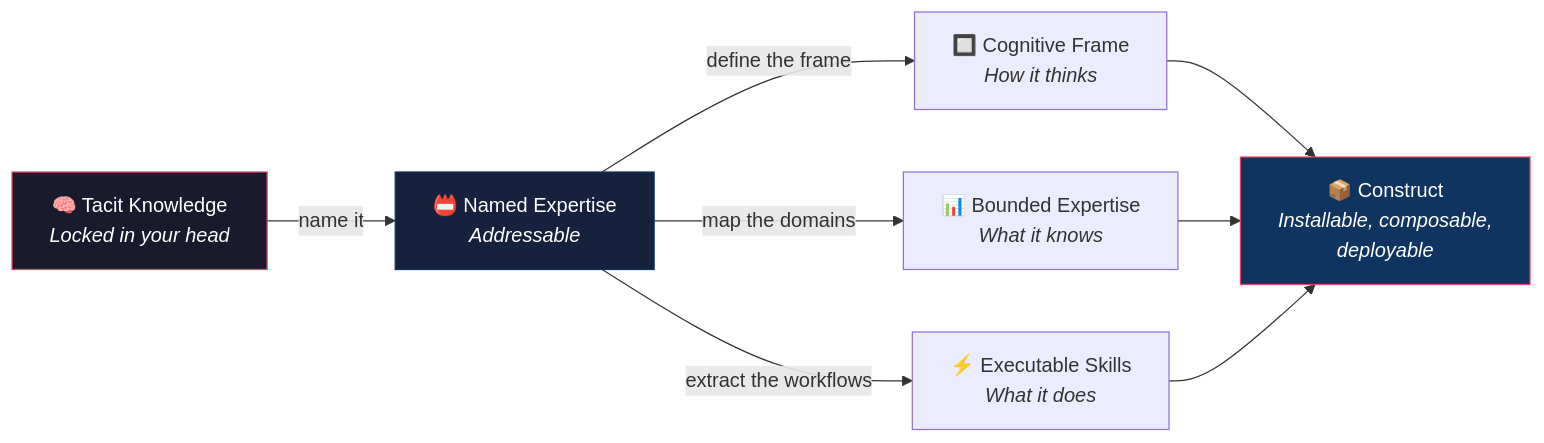
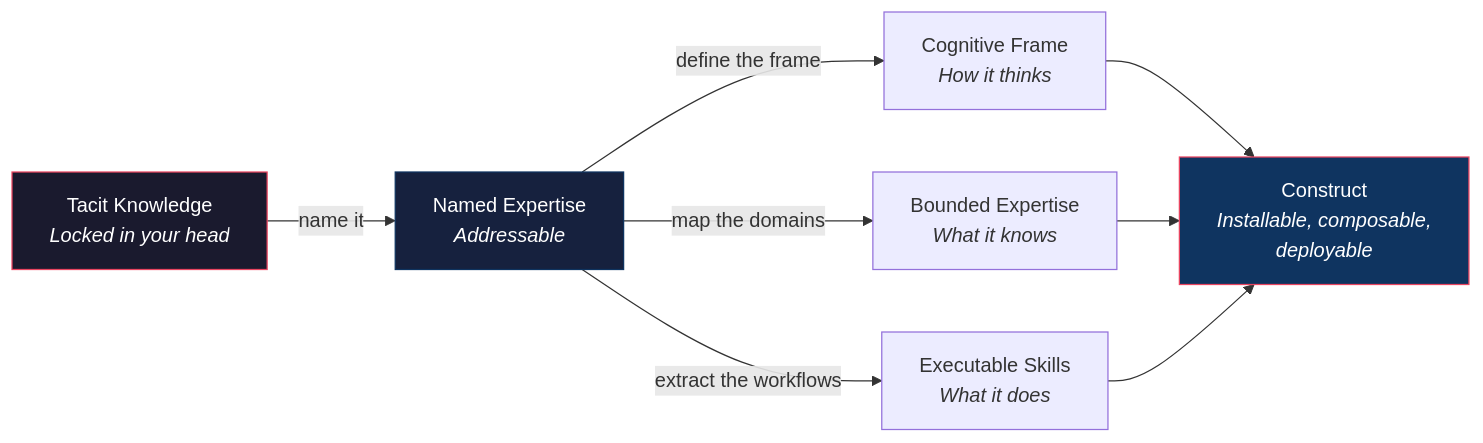
One commit to 0xHoneyJar/loa-constructs changed the second of 7 diagrams in README.md. Above: the diagram before and after it, drawn with Mermaid. The commit also changed other lines of this file, not shown here.

````diff
--- a/README.md
+++ b/README.md
@@ -39,14 +93,14 @@
 ```mermaid
 graph LR
-    A["🧠 Tacit Knowledge<br/><i>Locked in your head</i>"] -->|name it| B["📛 Named Expertise<br/><i>Addressable</i>"]
-    B -->|define the frame| C["🔲 Cognitive Frame<br/><i>How it thinks</i>"]
-    B -->|map the domains| D["📊 Bounded Expertise<br/><i>What it knows</i>"]
-    B -->|extract the workflows| E["⚡ Executable Skills<br/><i>What it does</i>"]
-    C --> F["📦 Construct<br/><i>Installable, composable,<br/>deployable</i>"]
+    A["Tacit Knowledge<br/><i>Locked in your head</i>"] -->|name it| B["Named Expertise<br/><i>Addressable</i>"]
+    B -->|define the frame| C["Cognitive Frame<br/><i>How it thinks</i>"]
+    B -->|map the domains| D["Bounded Expertise<br/><i>What it knows</i>"]
+    B -->|extract the workflows| E["Executable Skills<br/><i>What it does</i>"]
+    C --> F["Construct<br/><i>Installable, composable,<br/>deployable</i>"]
     D --> F
     E --> F
 
     style A fill:#1a1a2e,stroke:#e94560,color:#fff
     style B fill:#16213e,stroke:#0f3460,color:#fff
     style F fill:#0f3460,stroke:#e94560,color:#fff
 ```
````
